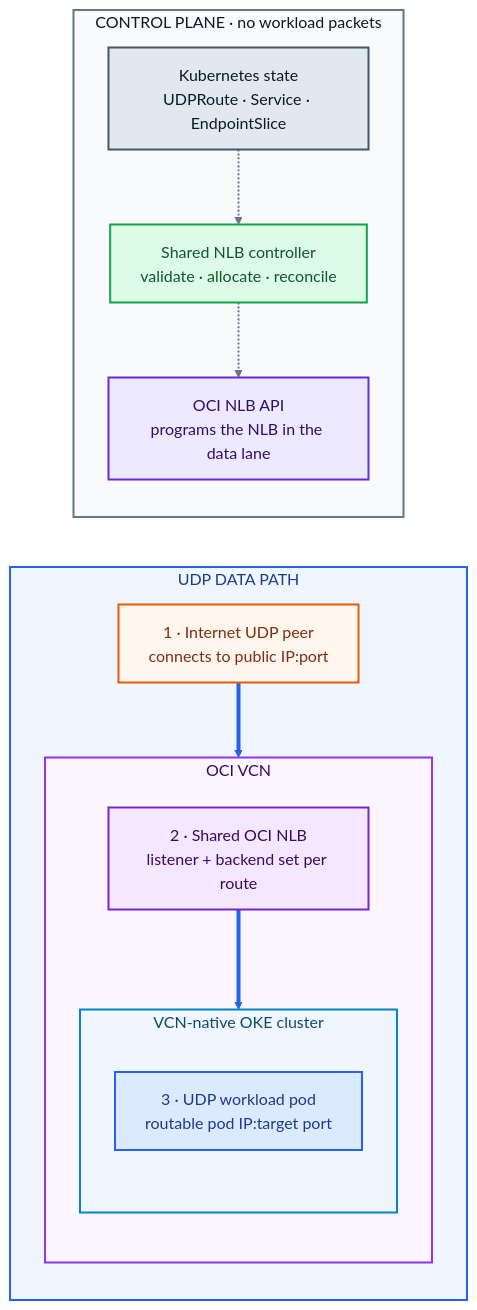
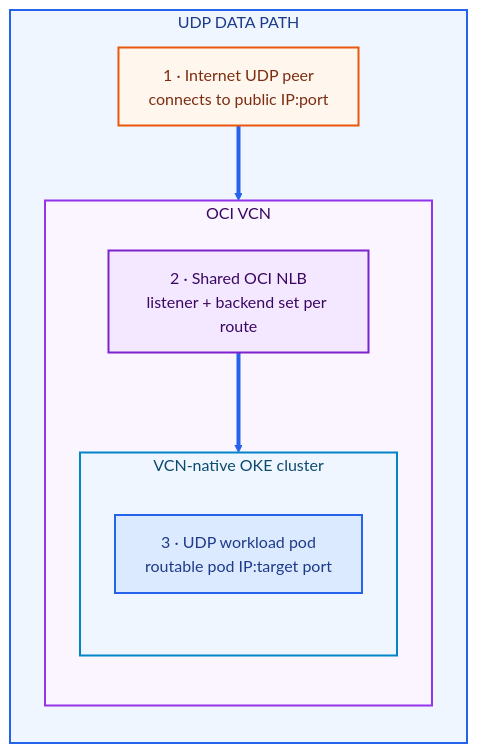
Before and after one commit to RyanHelferich/oci-shared-nlb-gateway-controller: the first of 3 diagrams in README.md, drawn with Mermaid (base theme). The commit also changed other lines of this file, not shown here.

Commit message:
Simplify README packet path diagrams

````diff
--- a/README.md
+++ b/README.md
@@ -35,43 +35,28 @@
 ```mermaid
-flowchart LR
+flowchart TB
   subgraph dataplane["UDP DATA PATH"]
     direction TB
     peer["1 · Internet UDP peer<br/>connects to public IP:port"]:::external
 
     subgraph vcn["OCI VCN"]
       direction TB
       nlb["2 · Shared OCI NLB<br/>listener + backend set per route"]:::oci
 
       subgraph oke["VCN-native OKE cluster"]
         direction TB
         pod["3 · UDP workload pod<br/>routable pod IP:target port"]:::workload
       end
     end
 
     peer ==> nlb
     nlb ==> pod
   end
 
-  subgraph control["CONTROL PLANE · no workload packets"]
-    direction TB
-    desired["Kubernetes state<br/>UDPRoute · Service · EndpointSlice"]:::k8s
-    ctl["Shared NLB controller<br/>validate · allocate · reconcile"]:::controller
-    ociapi["OCI NLB API<br/>programs the NLB in the data lane"]:::ociapi
-
-    desired -.-> ctl
-    ctl -.-> ociapi
-  end
-
   classDef external fill:#fff7ed,stroke:#ea580c,color:#7c2d12,stroke-width:2px;
   classDef oci fill:#f3e8ff,stroke:#7e22ce,color:#3b0764,stroke-width:2px;
-  classDef ociapi fill:#ede9fe,stroke:#6d28d9,color:#2e1065,stroke-width:2px;
-  classDef k8s fill:#e2e8f0,stroke:#475569,color:#0f172a,stroke-width:2px;
-  classDef controller fill:#dcfce7,stroke:#16a34a,color:#14532d,stroke-width:2px;
   classDef workload fill:#dbeafe,stroke:#2563eb,color:#1e3a8a,stroke-width:2px;
   style dataplane fill:#eff6ff,stroke:#2563eb,stroke-width:2px,color:#1e3a8a
   style vcn fill:#faf5ff,stroke:#9333ea,stroke-width:2px,color:#3b0764
   style oke fill:#eff6ff,stroke:#0284c7,stroke-width:2px,color:#0c4a6e
-  style control fill:#f8fafc,stroke:#64748b,stroke-width:2px,color:#0f172a
   linkStyle 0,1 stroke:#2563eb,stroke-width:4px;
-  linkStyle 2,3 stroke:#64748b,stroke-width:2px;
 ```
````
